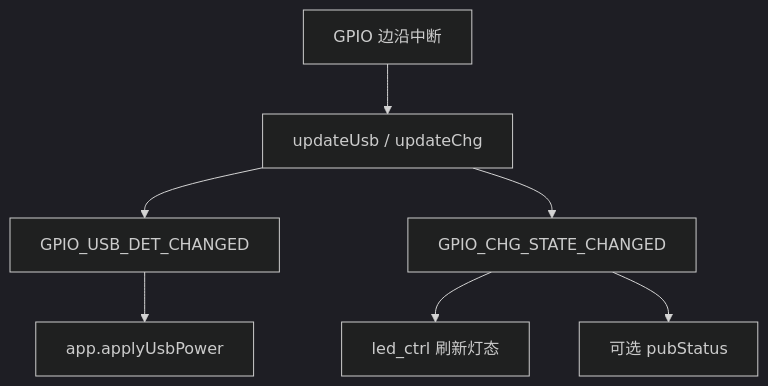
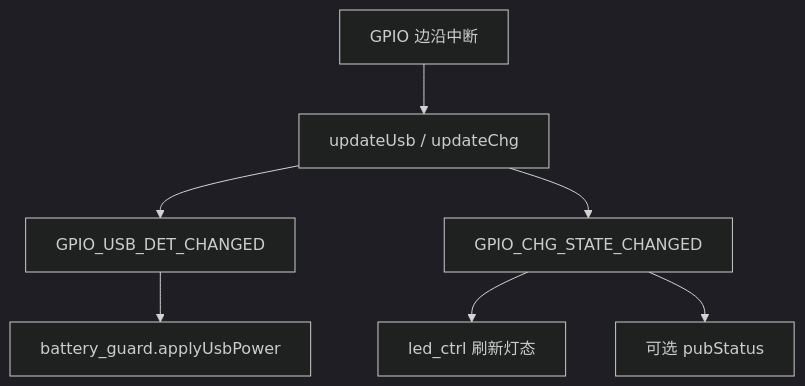
Before and after one commit to dzr1986/AIR780EHM: the diagram in doc/modules/USB_CHARGE_POLICY.md, drawn with Mermaid (dark theme). The commit also changed other lines of this file and 49 other files, not shown here.

````diff
--- a/doc/modules/USB_CHARGE_POLICY.md
+++ b/doc/modules/USB_CHARGE_POLICY.md
@@ -33,9 +33,9 @@
 ```mermaid
 flowchart TD
     IRQ[GPIO 边沿中断] --> U[updateUsb / updateChg]
     U --> P1[GPIO_USB_DET_CHANGED]
     U --> P2[GPIO_CHG_STATE_CHANGED]
-    P1 --> APP[app.applyUsbPower]
+    P1 --> APP[battery_guard.applyUsbPower]
     P2 --> LED[led_ctrl 刷新灯态]
     P2 --> MQTT[可选 pubStatus]
 ```
````
